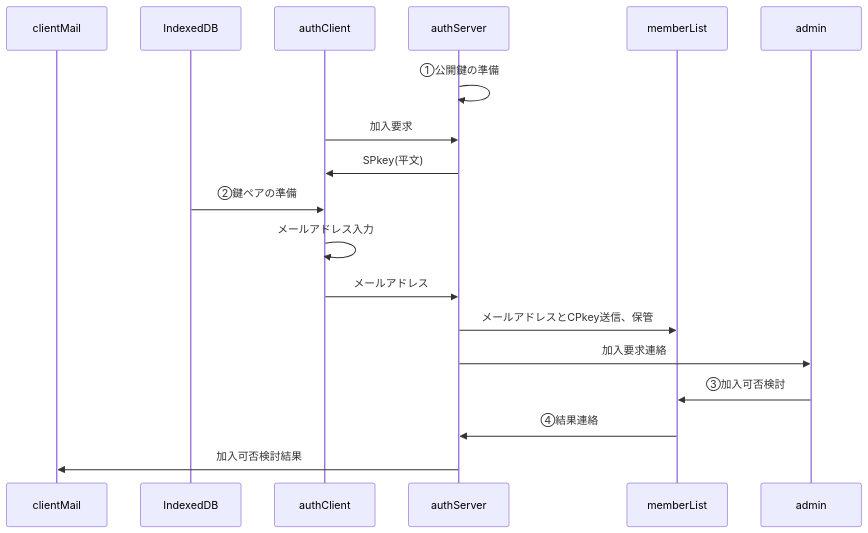
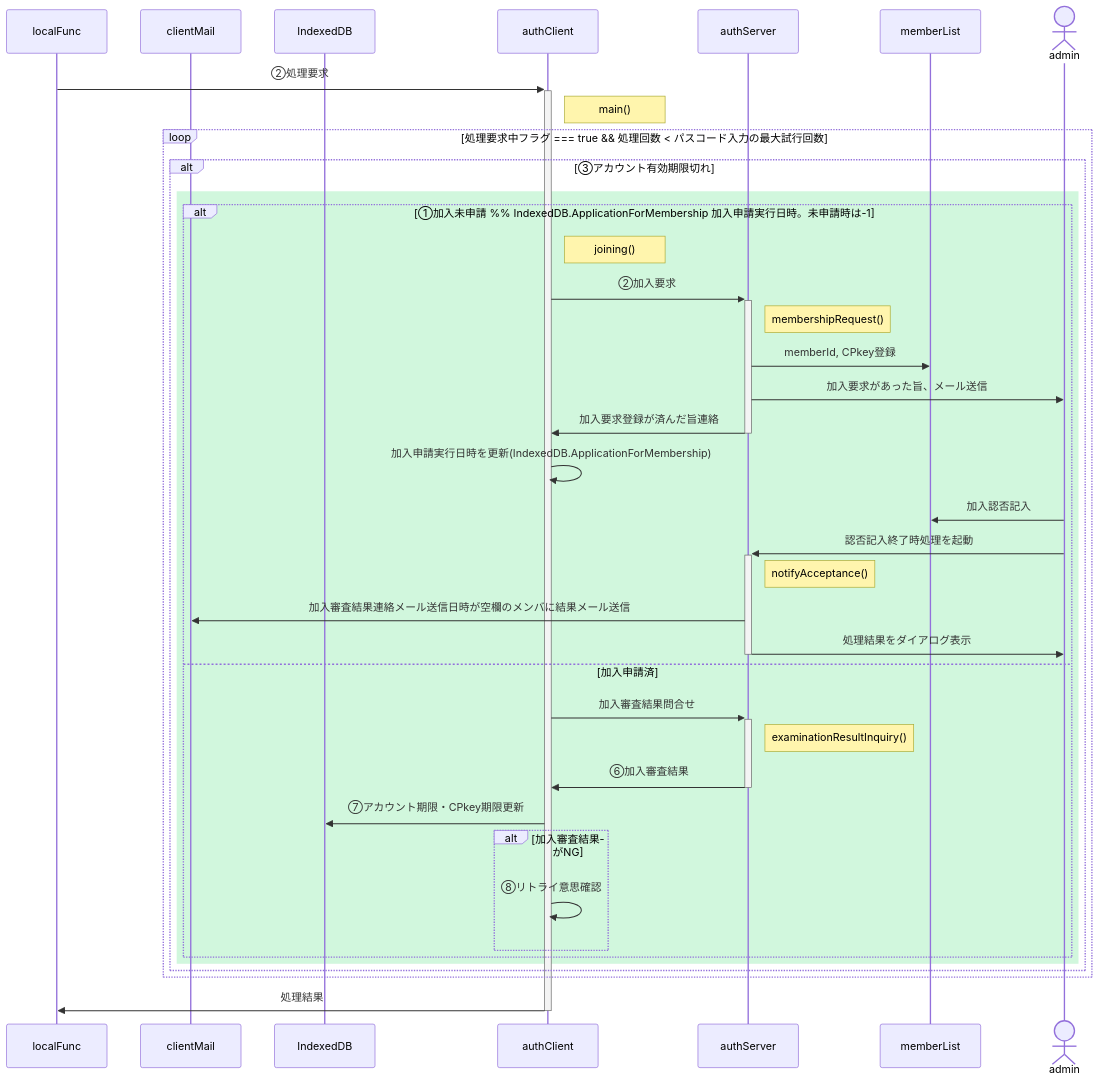
The third of 4 diagrams in underDev/Auth/question.md (nakaone/library), drawn with Mermaid before and after one commit. The commit also changed other lines of this file and 7 other files, not shown here.

````diff
--- a/underDev/Auth/question.md
+++ b/underDev/Auth/question.md
@@ -227,21 +219,58 @@
 ```mermaid
+%% 加入要求
+
 sequenceDiagram
+  %%actor user
+  participant localFunc
   participant clientMail
+  %%participant encryptRequest
   participant IndexedDB
   participant authClient
   participant authServer
   participant memberList
-  participant admin
+  %%participant decryptRequest
+  %%participant serverFunc
+  actor admin
 
-  authServer->>authServer: ①公開鍵の準備
-  authClient->>authServer: 加入要求
-  authServer->>authClient: SPkey(平文)
-  IndexedDB->>authClient: ②鍵ペアの準備
-  authClient->>authClient: メールアドレス入力
-  authClient->>authServer: メールアドレス
-  authServer->>memberList: メールアドレスとCPkey送信、保管
-  authServer->>admin: 加入要求連絡
-  admin->>memberList: ③加入可否検討
-  memberList->>authServer: ④結果連絡
-  authServer->>clientMail: 加入可否検討結果
+  localFunc->>+authClient: ②処理要求
+  Note right of authClient: main()
+
+  loop 処理要求中フラグ === true && 処理回数 < パスコード入力の最大試行回数
+
+    alt ③アカウント有効期限切れ
+
+      rect rgba(209, 247, 221, 1)
+
+        alt ①加入未申請 %% IndexedDB.ApplicationForMembership 加入申請実行日時。未申請時は-1
+
+          Note right of authClient: joining()
+          authClient->>+authServer: ②加入要求
+          Note right of authServer: membershipRequest()
+          authServer->>memberList: memberId, CPkey登録
+          authServer->>admin: 加入要求があった旨、メール送信
+          authServer->>-authClient: 加入要求登録が済んだ旨連絡
+          authClient->>authClient: 加入申請実行日時を更新(IndexedDB.ApplicationForMembership)
+
+          admin->>memberList: 加入認否記入
+          admin->>+authServer: 認否記入終了時処理を起動
+          Note right of authServer: notifyAcceptance()
+          authServer->>clientMail: 加入審査結果連絡メール送信日時が空欄のメンバに結果メール送信
+          authServer->>-admin: 処理結果をダイアログ表示
+
+        else 加入申請済
+
+          authClient->>+authServer: 加入審査結果問合せ
+          Note right of authServer: examinationResultInquiry()
+          authServer->>-authClient: ⑥加入審査結果
+          authClient->>IndexedDB: ⑦アカウント期限・CPkey期限更新
+          alt 加入審査結果がNG
+            authClient->>authClient: ⑧リトライ意思確認
+          end
+        end
+
+      end
+    end
+  end
+
+  authClient->>-localFunc: 処理結果
 ```
````
